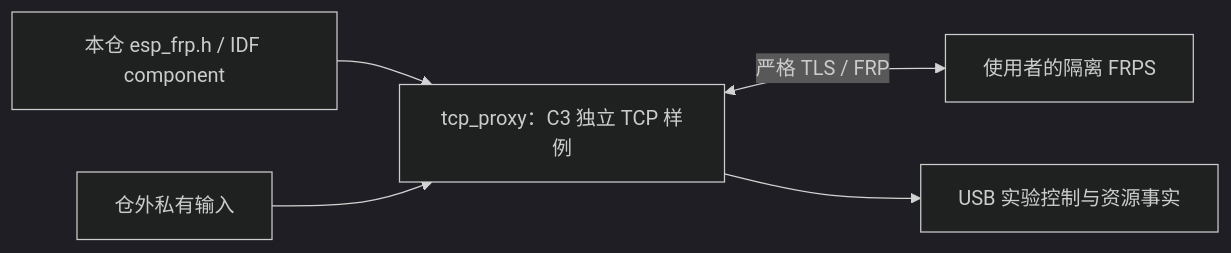
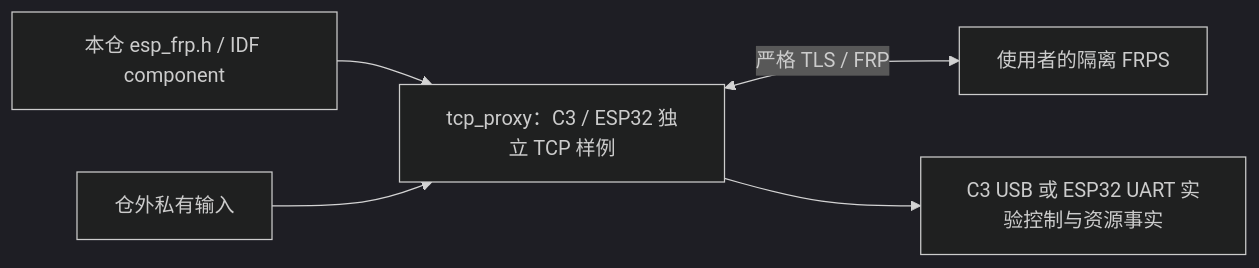
One commit to darren-you/esp-frp changed the diagram in examples/README.md. Above: the diagram before and after it, drawn with Mermaid (dark theme). The commit also changed 16 other files, not shown here.

Commit message:
扩展 FRP 独立样例至 C3 与 ESP32 双目标

````diff
--- a/examples/README.md
+++ b/examples/README.md
@@ -7,7 +7,7 @@
 ```mermaid
 flowchart LR
-    library["本仓 esp_frp.h / IDF component"] --> sample["tcp_proxy：C3 独立 TCP 样例"]
+    library["本仓 esp_frp.h / IDF component"] --> sample["tcp_proxy：C3 / ESP32 独立 TCP 样例"]
     inputs["仓外私有输入"] --> sample
     sample <-->|"严格 TLS / FRP"| server["使用者的隔离 FRPS"]
-    sample --> serial["USB 实验控制与资源事实"]
+    sample --> serial["C3 USB 或 ESP32 UART 实验控制与资源事实"]
 ```
````
